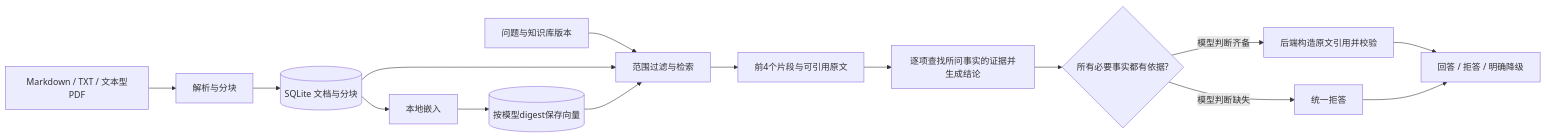
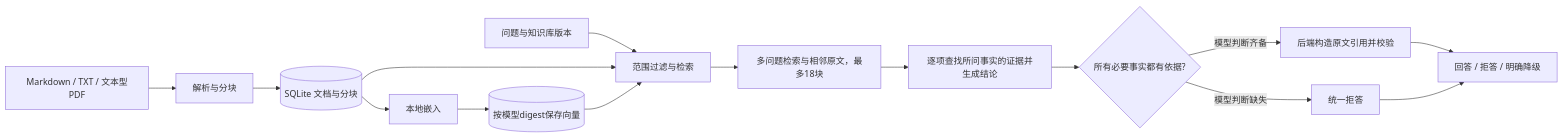
The diagram in docs/architecture.md (janeblackcc-gif/TraceDesk), drawn with Mermaid before and after one commit. The commit also changed other lines of this file and 40 other files, not shown here.

````diff
--- a/docs/architecture.md
+++ b/docs/architecture.md
@@ -5,17 +5,17 @@
 ```mermaid
 flowchart LR
     F[Markdown / TXT / 文本型PDF] --> P[解析与分块]
     P --> DB[(SQLite 文档与分块)]
     DB --> E[本地嵌入]
     E --> V[(按模型digest保存向量)]
     Q[问题与知识库版本] --> R[范围过滤与检索]
     DB --> R
     V --> R
-    R --> C[前4个片段与可引用原文]
+    R --> C[多问题检索与相邻原文，最多18块]
     C --> G[逐项查找所问事实的证据并生成结论]
     G --> D{所有必要事实都有依据?}
     D -->|模型判断缺失| N[统一拒答]
     D -->|模型判断齐备| A[后端构造原文引用并校验]
     A --> U[回答 / 拒答 / 明确降级]
     N --> U
 ```
````
